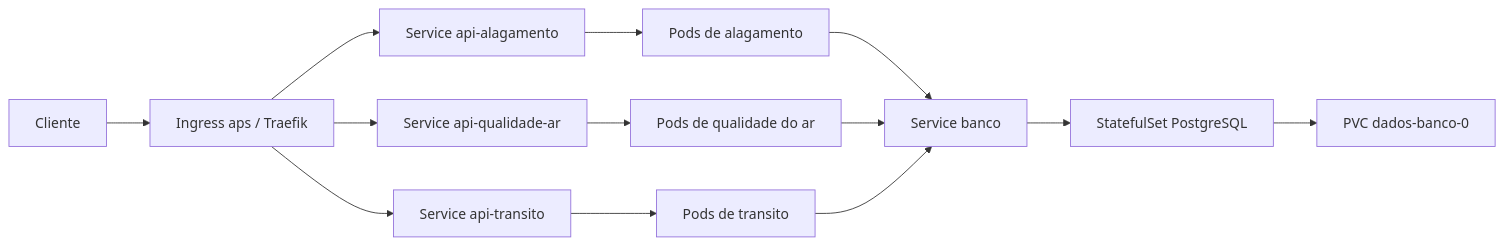
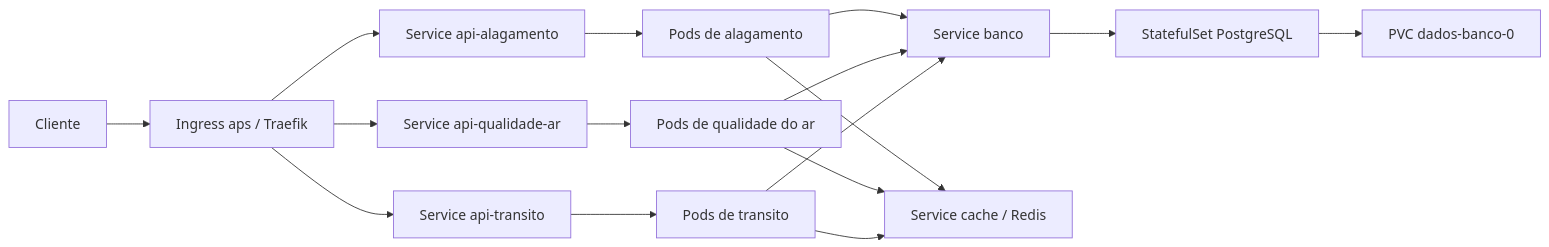
One commit to LuisG-santos/APS-2026 changed the diagram in docs/kubernetes.md. Above: the diagram before and after it, drawn with Mermaid. The commit also changed other lines of this file and 2 other files, not shown here.

Commit message:
refactor: update README and Kubernetes documentation to include Redis cache implementation details

````diff
--- a/docs/kubernetes.md
+++ b/docs/kubernetes.md
@@ -24,15 +25,18 @@
 ```mermaid
 flowchart LR
     Cliente --> Ingress[Ingress aps / Traefik]
     Ingress --> A[Service api-alagamento]
     Ingress --> Q[Service api-qualidade-ar]
     Ingress --> T[Service api-transito]
     A --> PA[Pods de alagamento]
     Q --> PQ[Pods de qualidade do ar]
     T --> PT[Pods de transito]
     PA --> DB[Service banco]
     PQ --> DB
     PT --> DB
+    PA --> Cache[Service cache / Redis]
+    PQ --> Cache
+    PT --> Cache
     DB --> PG[StatefulSet PostgreSQL]
     PG --> PVC[PVC dados-banco-0]
 ```
````
